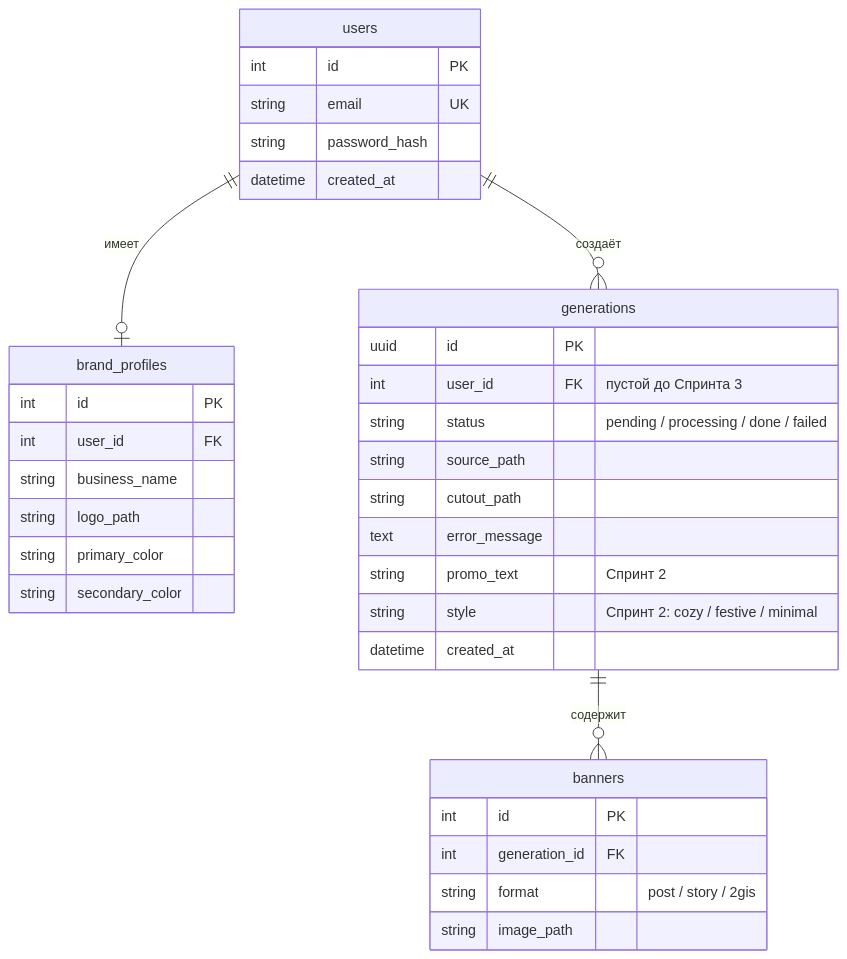
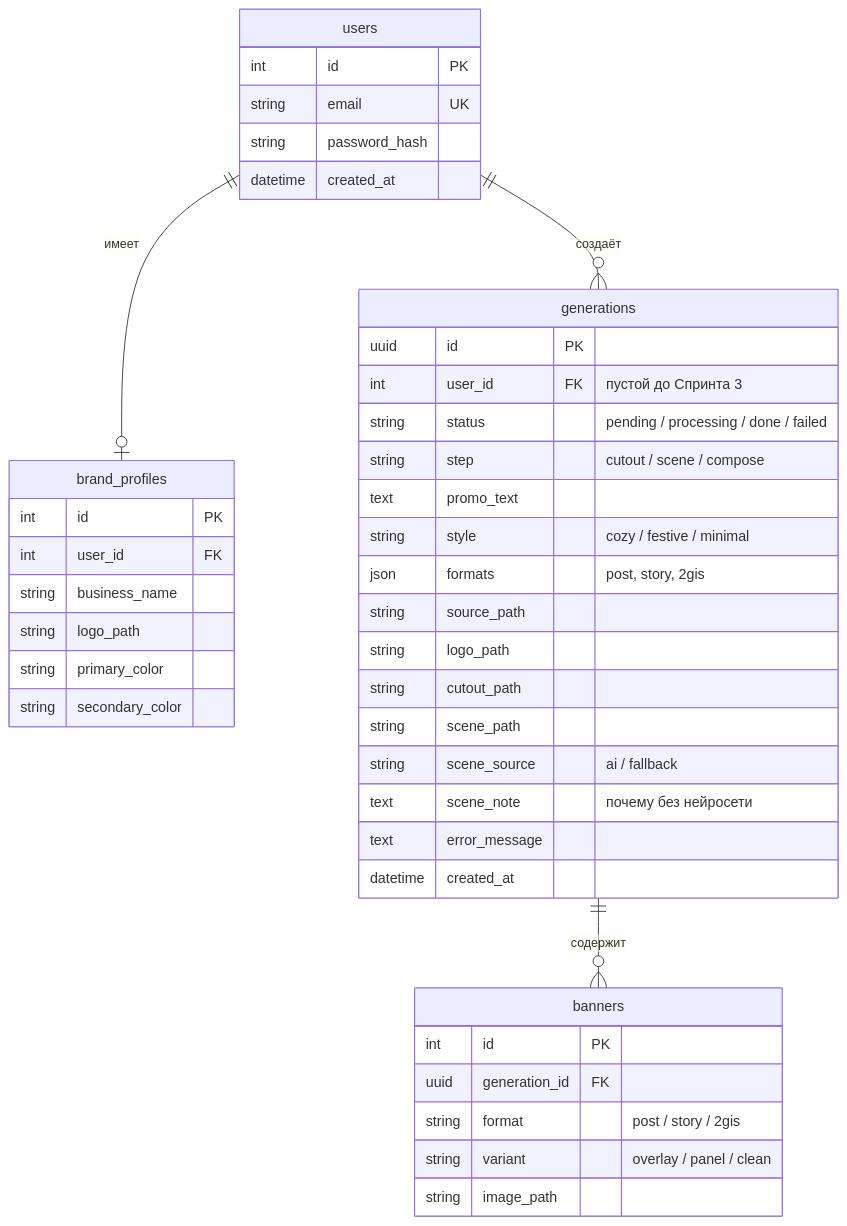
One commit to Aqudai/ADGen_AI1 changed the fourth of 4 diagrams in docs/ARCHITECTURE.md. Above: the diagram before and after it, drawn with Mermaid. The commit also changed other lines of this file and 29 other files, not shown here.

````diff
--- a/docs/ARCHITECTURE.md
+++ b/docs/ARCHITECTURE.md
@@ -117,38 +124,45 @@
 ```mermaid
 erDiagram
     users ||--o| brand_profiles : "имеет"
     users ||--o{ generations : "создаёт"
     generations ||--o{ banners : "содержит"
 
     users {
         int id PK
         string email UK
         string password_hash
         datetime created_at
     }
     brand_profiles {
         int id PK
         int user_id FK
         string business_name
         string logo_path
         string primary_color
         string secondary_color
     }
     generations {
         uuid id PK
         int user_id FK "пустой до Спринта 3"
         string status "pending / processing / done / failed"
+        string step "cutout / scene / compose"
+        text promo_text
+        string style "cozy / festive / minimal"
+        json formats "post, story, 2gis"
         string source_path
+        string logo_path
         string cutout_path
+        string scene_path
+        string scene_source "ai / fallback"
+        text scene_note "почему без нейросети"
         text error_message
-        string promo_text "Спринт 2"
-        string style "Спринт 2: cozy / festive / minimal"
         datetime created_at
     }
     banners {
         int id PK
-        int generation_id FK
+        uuid generation_id FK
         string format "post / story / 2gis"
+        string variant "overlay / panel / clean"
         string image_path
     }
 ```
````
